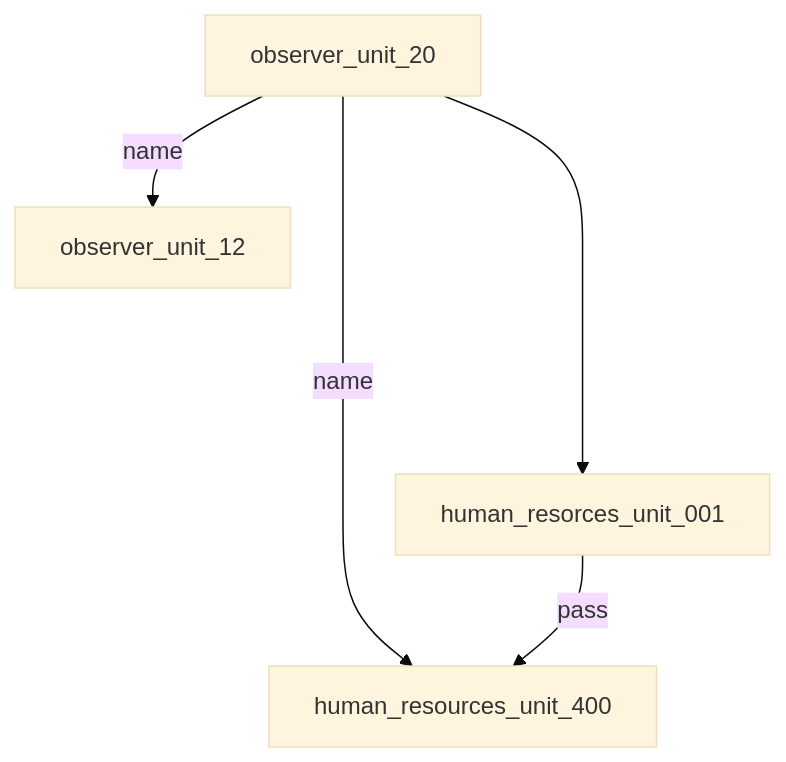
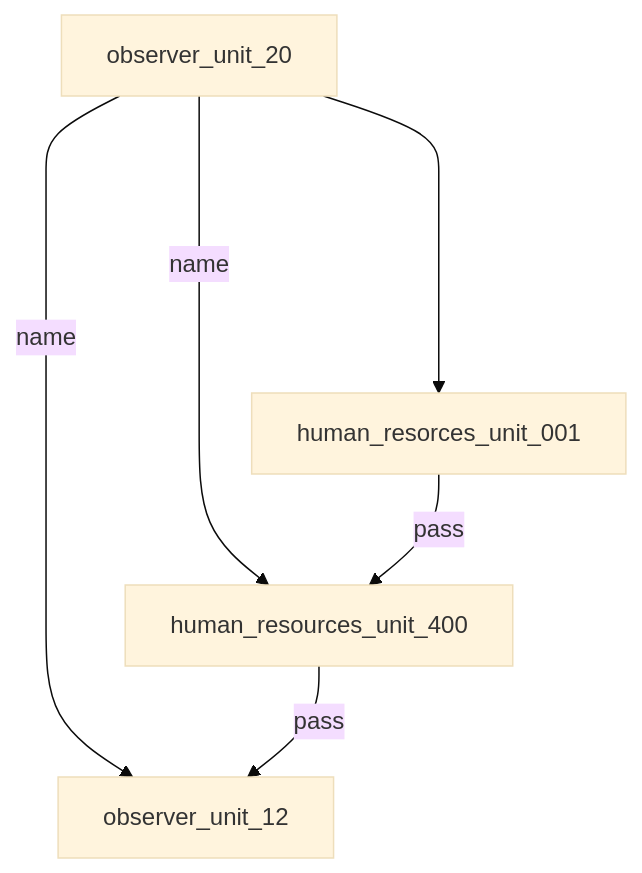
The diagram in README.md (3ncy/ARRS-s5), drawn with Mermaid (base theme) before and after one commit. The commit also changed other lines of this file, not shown here.

````diff
--- a/README.md
+++ b/README.md
@@ -10,7 +11,8 @@
 ```mermaid
 graph TD;
     observer_unit_20 --name--> observer_unit_12;
     observer_unit_20 --name--> human_resources_unit_400;
     observer_unit_20 ----> human_resorces_unit_001;
     human_resorces_unit_001 --pass--> human_resources_unit_400
+    human_resources_unit_400 --pass--> observer_unit_12
 ```
````
